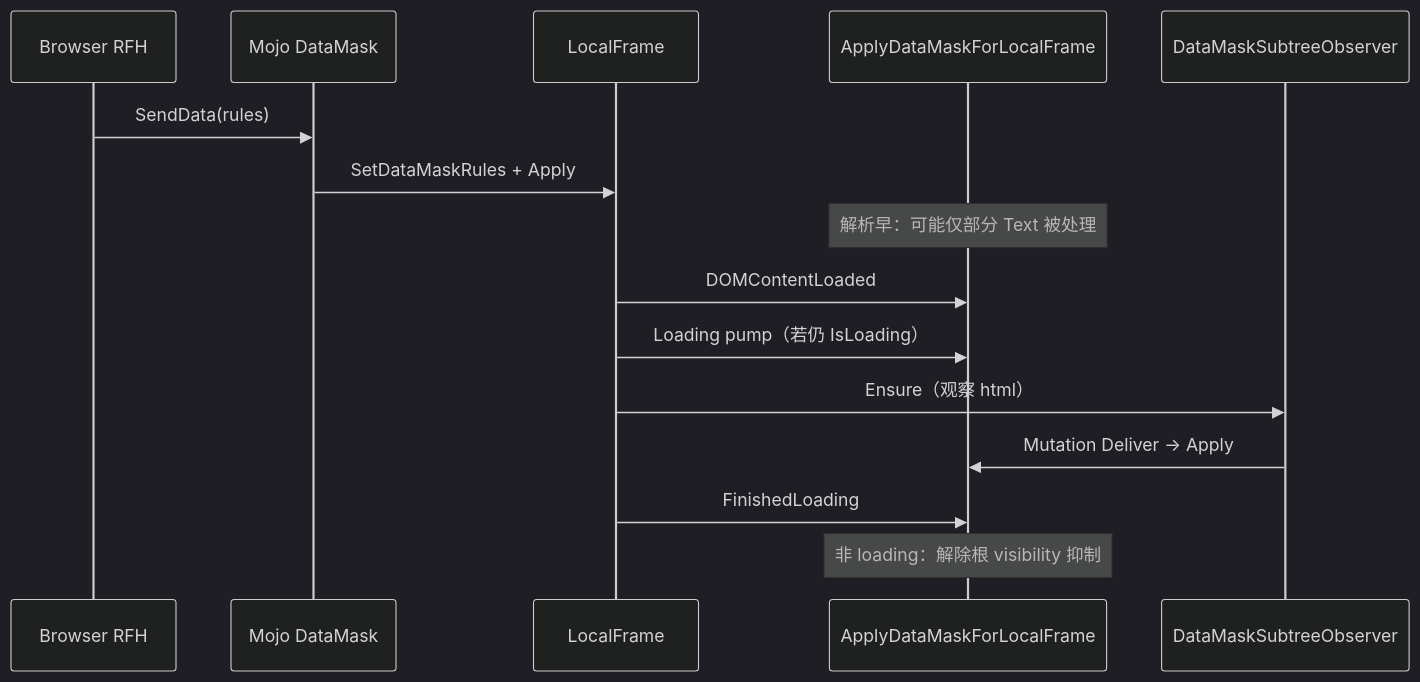
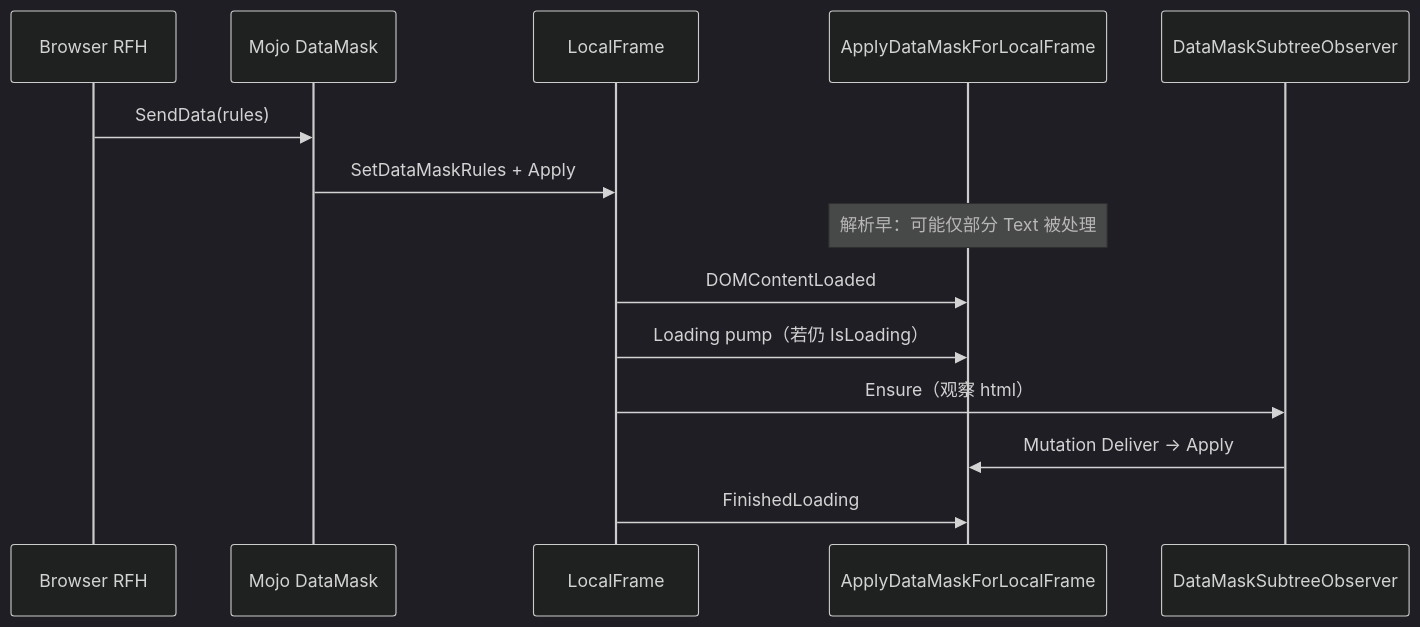
One commit to ccjuuc/chromium changed the first of 2 diagrams in xenon_overlay/docs/data_mask_feature.md. Above: the diagram before and after it, drawn with Mermaid (dark theme). The commit also changed other lines of this file and 2 other files, not shown here.

First line of the commit message:
xenon_overlay: remove DataMask root visibility suppression during load

````diff
--- a/xenon_overlay/docs/data_mask_feature.md
+++ b/xenon_overlay/docs/data_mask_feature.md
@@ -54,18 +53,17 @@
 ```mermaid
 sequenceDiagram
   participant RFH as Browser RFH
   participant DM as Mojo DataMask
   participant LF as LocalFrame
   participant APP as ApplyDataMaskForLocalFrame
   participant OBS as DataMaskSubtreeObserver
 
   RFH->>DM: SendData(rules)
   DM->>LF: SetDataMaskRules + Apply
   Note over APP: 解析早：可能仅部分 Text 被处理
   LF->>APP: DOMContentLoaded
   LF->>APP: Loading pump（若仍 IsLoading）
   LF->>OBS: Ensure（观察 html）
   OBS->>APP: Mutation Deliver → Apply
   LF->>APP: FinishedLoading
-  Note over APP: 非 loading：解除根 visibility 抑制
 ```
````
